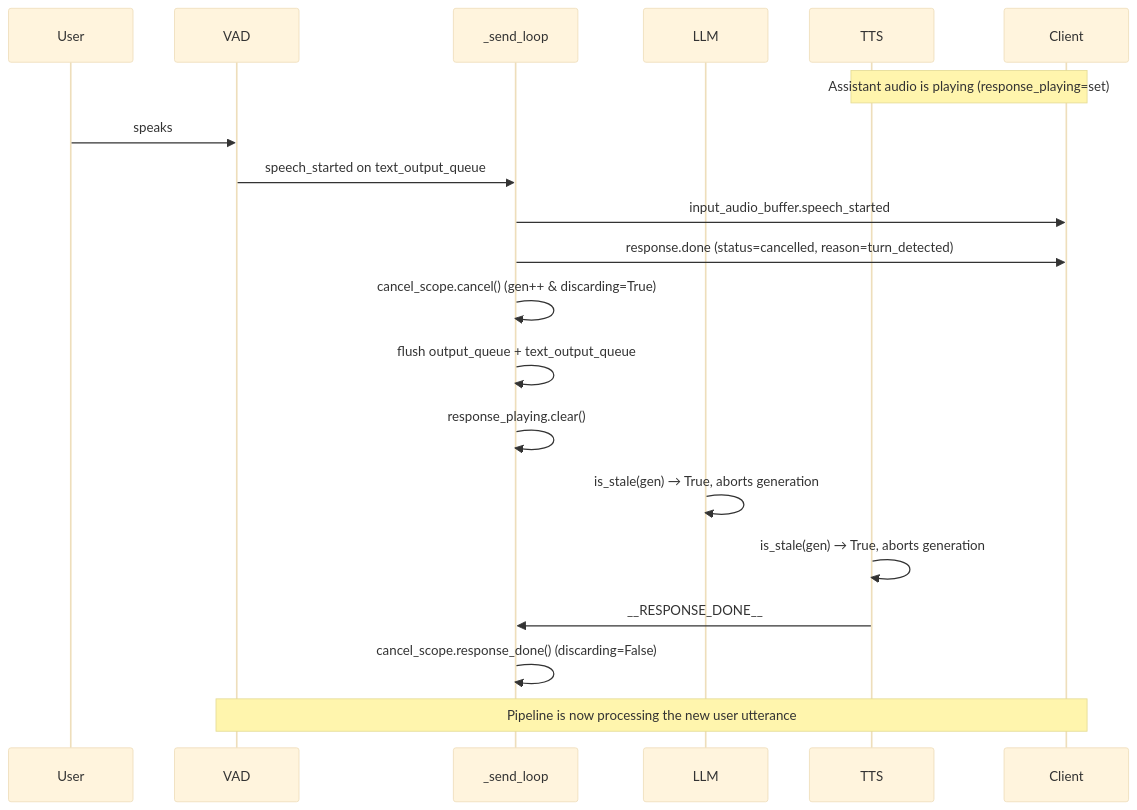
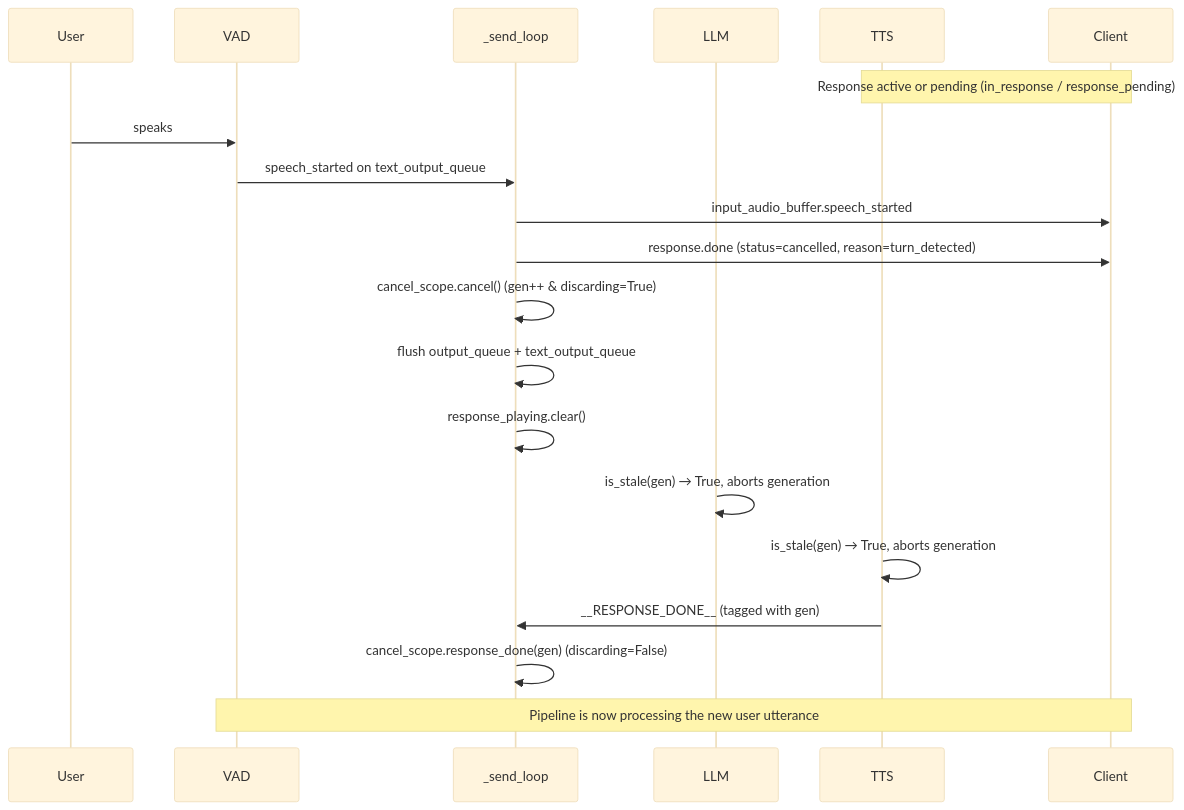
The second of 2 diagrams in src/speech_to_speech/api/openai_realtime/README.md (JavidAAA/Convert_Speech), drawn with Mermaid (base theme) before and after one commit. The commit also changed other lines of this file, not shown here.

Commit message:
Update interruption handling docs to match current CancelScope logic (#335)

````diff
--- a/src/speech_to_speech/api/openai_realtime/README.md
+++ b/src/speech_to_speech/api/openai_realtime/README.md
@@ -134,23 +136,23 @@
 ```mermaid
 sequenceDiagram
     participant User
     participant VAD
     participant SendLoop as _send_loop
     participant LLM
     participant TTS
     participant Client
 
-    Note over TTS,Client: Assistant audio is playing (response_playing=set)
+    Note over TTS,Client: Response active or pending (in_response / response_pending)
     User->>VAD: speaks
     VAD->>SendLoop: speech_started on text_output_queue
     SendLoop->>Client: input_audio_buffer.speech_started
     SendLoop->>Client: response.done (status=cancelled, reason=turn_detected)
     SendLoop->>SendLoop: cancel_scope.cancel() (gen++ & discarding=True)
     SendLoop->>SendLoop: flush output_queue + text_output_queue
     SendLoop->>SendLoop: response_playing.clear()
     LLM->>LLM: is_stale(gen) → True, aborts generation
     TTS->>TTS: is_stale(gen) → True, aborts generation
-    TTS->>SendLoop: __RESPONSE_DONE__
-    SendLoop->>SendLoop: cancel_scope.response_done() (discarding=False)
+    TTS->>SendLoop: __RESPONSE_DONE__ (tagged with gen)
+    SendLoop->>SendLoop: cancel_scope.response_done(gen) (discarding=False)
     Note over VAD,Client: Pipeline is now processing the new user utterance
 ```
````
